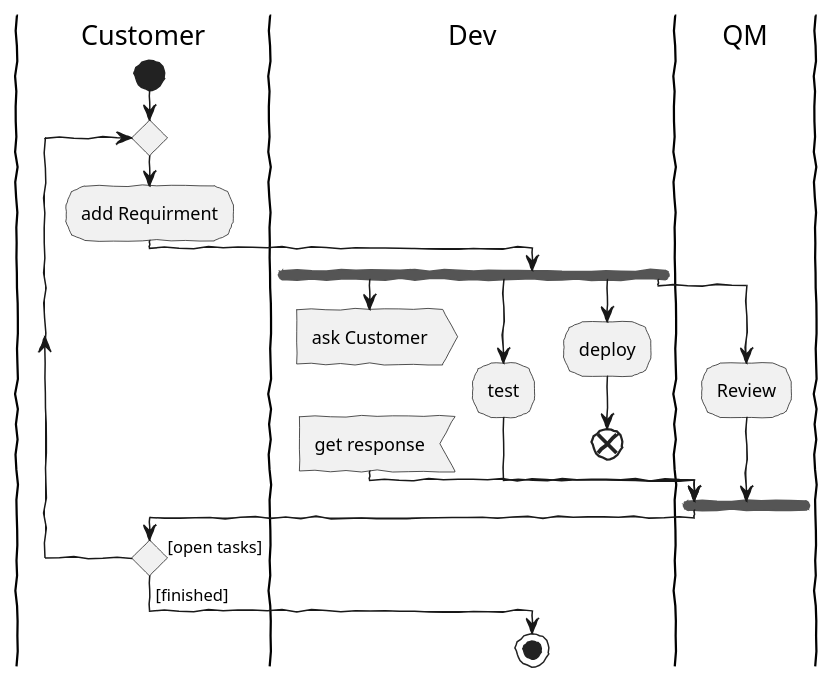
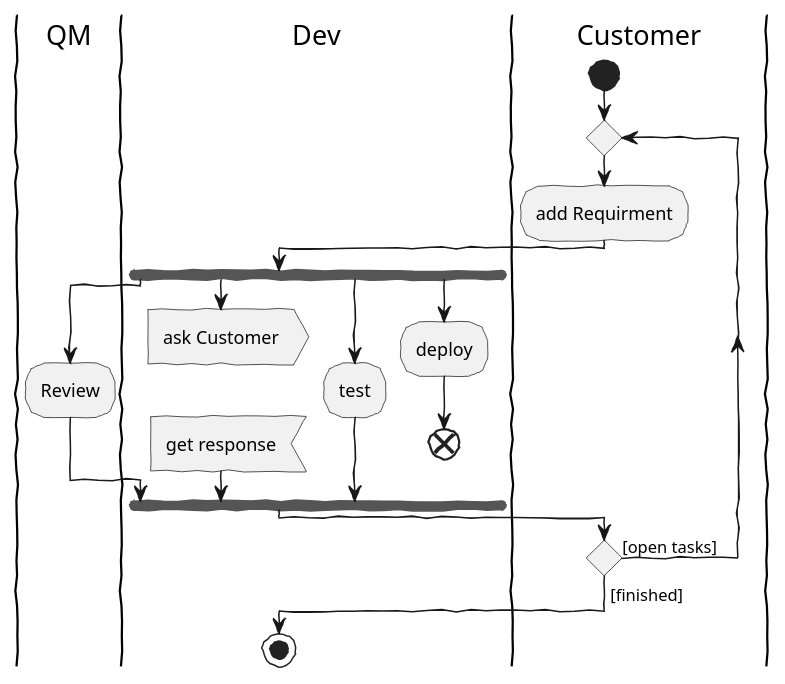
One commit to hannsens/plantUML-Activity-Cheatsheet changed the diagram in plantuml/11_aufhuebschen03.plantuml. Above: the diagram before and after it, drawn with PlantUML. The commit also changed 8 other files, not shown here.

```diff
--- a/plantuml/11_aufhuebschen03.plantuml
+++ b/plantuml/11_aufhuebschen03.plantuml
@@ -1,37 +1,38 @@
 @startuml
 ' Welche Schriften gibt es auf dem System?
 ' listfonts als plantUML-Kommando gibt's aus.
 skinparam DefaultFontName "FG Virgil"
 skinparam handwritten true
 skinparam monochrome true
 skinparam packageStyle rect
 skinparam shadowing false
 
 
-  |Customer|
+ |QM|
   |Dev|
-  |QM|
   |Customer|
   start
   repeat
   :add Requirment;
   |Dev|
   fork
+    |QM|
+    :Review;
+    |Dev|
+    fork again 
     :ask Customer>
 	Detach
 	:get response<
   fork again 
   :test;
   fork again
   :deploy;
   end
-  fork again 
-  |QM|
-    :Review;
+ |Dev|
   end fork
    |Customer|
      repeat while () is ([open tasks])
 ->[finished];
 |Dev|
 stop 
 @enduml
```
